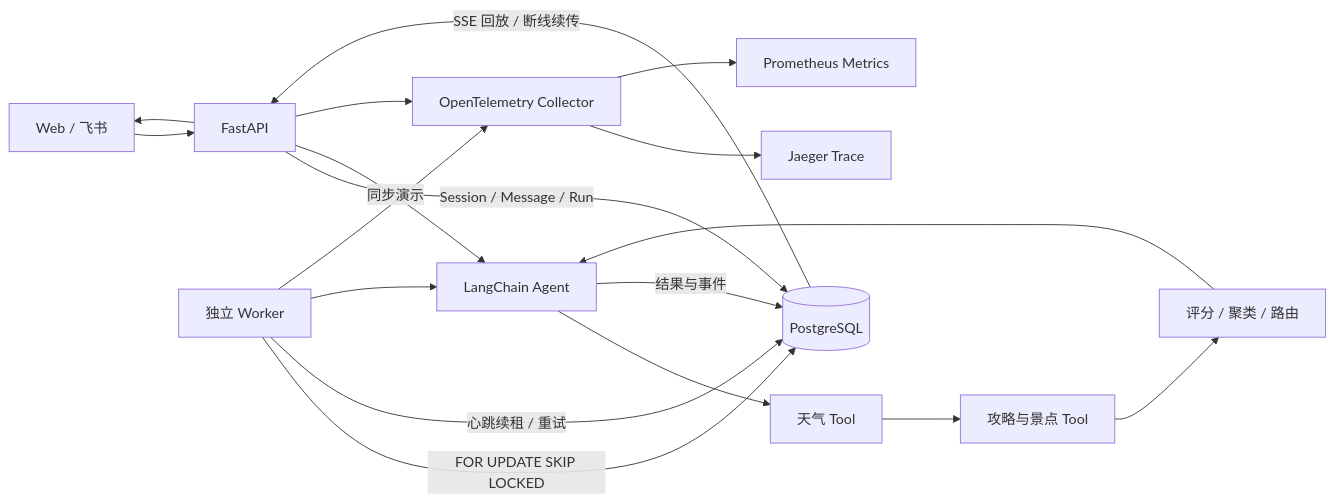
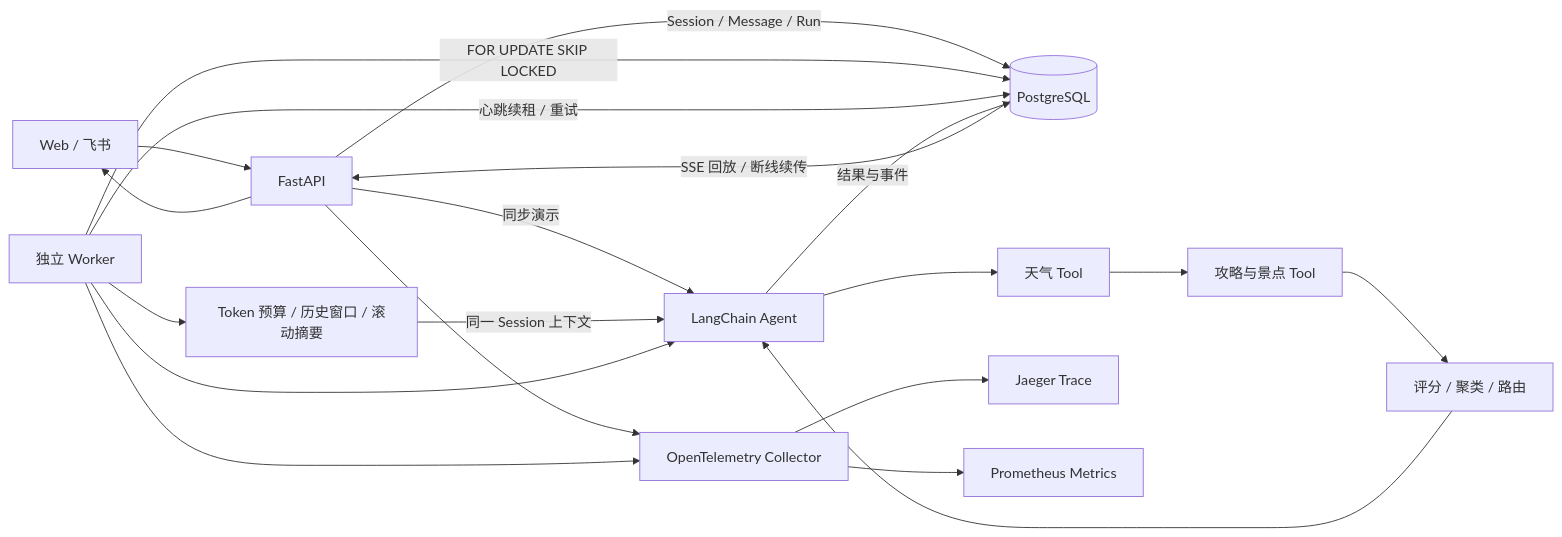
Before and after one commit to Ludewiki/diy_agent: the diagram in README.md, drawn with Mermaid. The commit also changed other lines of this file and 22 other files, not shown here.

````diff
--- a/README.md
+++ b/README.md
@@ -9,20 +9,22 @@
 ```mermaid
 flowchart LR
     U[Web / 飞书] --> API[FastAPI]
     API -->|Session / Message / Run| PG[(PostgreSQL)]
     API -->|同步演示| AGENT[LangChain Agent]
     WORKER[独立 Worker] -->|FOR UPDATE SKIP LOCKED| PG
     WORKER -->|心跳续租 / 重试| PG
+    WORKER --> CONTEXT[Token 预算 / 历史窗口 / 滚动摘要]
+    CONTEXT -->|同一 Session 上下文| AGENT
     WORKER --> AGENT
     AGENT --> WEATHER[天气 Tool]
     WEATHER --> GUIDE[攻略与景点 Tool]
     GUIDE --> ROUTE[评分 / 聚类 / 路由]
     ROUTE --> AGENT
     AGENT -->|结果与事件| PG
     PG -->|SSE 回放 / 断线续传| API
     API --> U
     API --> OTEL[OpenTelemetry Collector]
     WORKER --> OTEL
     OTEL --> JAEGER[Jaeger Trace]
     OTEL --> PROM[Prometheus Metrics]
 ```
````
